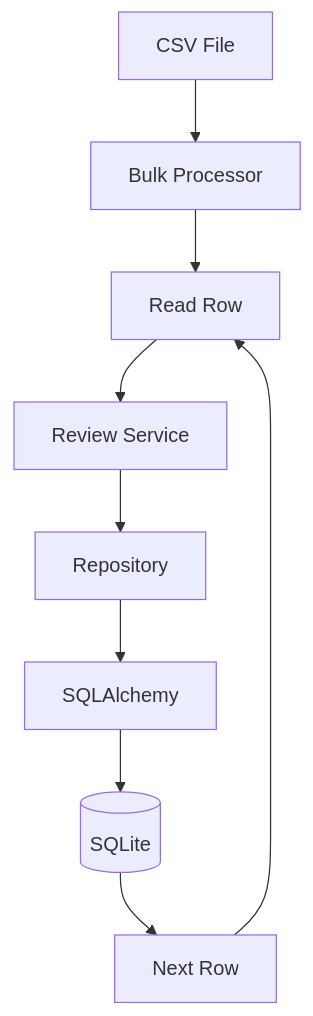
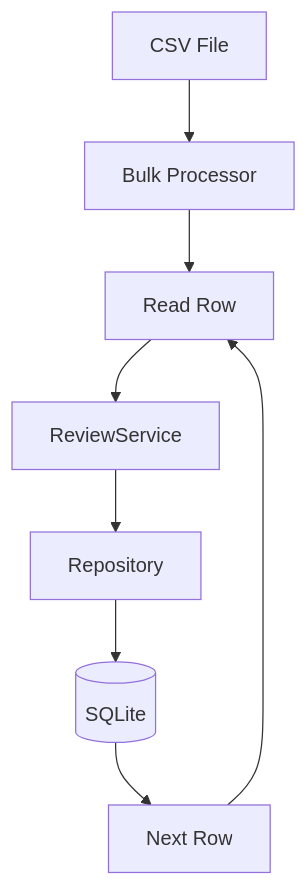
Before and after one commit to shaikalishamuskaan/MINI_PROJECT: the sixth of 9 diagrams in DESIGN DOC.md, drawn with Mermaid. The commit also changed other lines of this file and 2 other files, not shown here.

````diff
--- a/DESIGN DOC.md
+++ b/DESIGN DOC.md
@@ -653,11 +1233,10 @@
 ```mermaid
 flowchart TD
     CSV["CSV File"] --> BP["Bulk Processor"]
     BP --> ROW["Read Row"]
-    ROW --> S["Review Service"]
+    ROW --> S["ReviewService"]
     S --> R["Repository"]
-    R --> ORM["SQLAlchemy"]
-    ORM --> DB[("SQLite")]
+    R --> DB[("SQLite")]
     DB --> NEXT["Next Row"]
     NEXT --> ROW
 ```
````
